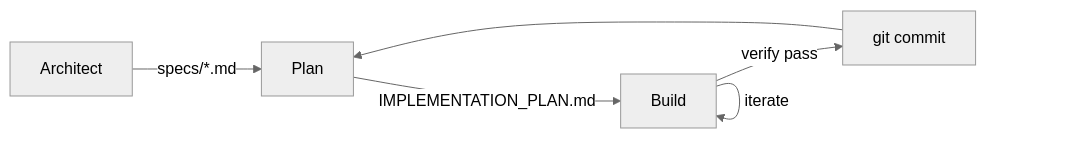
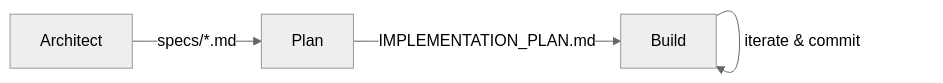
Before and after one commit to mhingston/rauf: the diagram in README.md, drawn with Mermaid (neutral theme).

Commit message:
Update flowchart to simplify commit process

````diff
--- a/README.md
+++ b/README.md
@@ -41,8 +41,6 @@
 ```mermaid
 flowchart LR
     A[Architect] -->|specs/*.md| B[Plan]
     B -->|IMPLEMENTATION_PLAN.md| C[Build]
-    C -->|iterate| C
-    C -->|verify pass| D[git commit]
-    D --> B
+    C -->|iterate & commit| C
 ```
````
